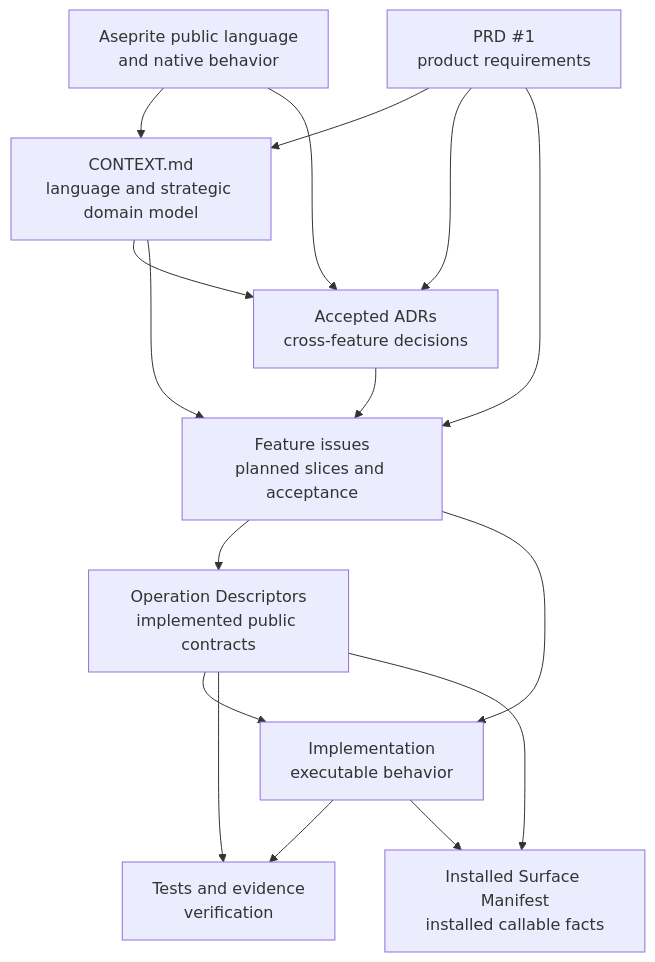
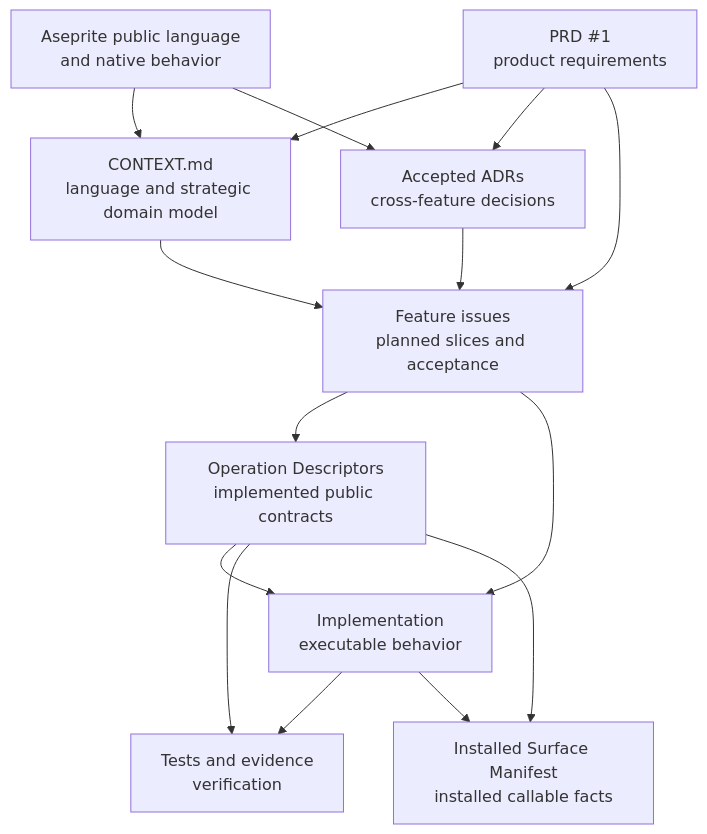
Before and after one commit to aigengame/aseprite-automation: the first of 3 diagrams in AUTHORITY_MATRIX.md, drawn with Mermaid. The commit also changed other lines of this file and 5 other files, not shown here.

````diff
--- a/AUTHORITY_MATRIX.md
+++ b/AUTHORITY_MATRIX.md
@@ -30,28 +34,27 @@
 ```mermaid
 flowchart TB
     Native[Aseprite public language<br/>and native behavior]
     PRD[PRD #1<br/>product requirements]
     Context[CONTEXT.md<br/>language and strategic domain model]
     ADRs[Accepted ADRs<br/>cross-feature decisions]
     Issues[Feature issues<br/>planned slices and acceptance]
     Descriptor[Operation Descriptors<br/>implemented public contracts]
     Implementation[Implementation<br/>executable behavior]
     Evidence[Tests and evidence<br/>verification]
     Manifest[Installed Surface Manifest<br/>installed callable facts]
 
     Native --> Context
     PRD --> Context
     Native --> ADRs
     PRD --> ADRs
-    Context --> ADRs
     PRD --> Issues
     Context --> Issues
     ADRs --> Issues
     Issues --> Descriptor
     Issues --> Implementation
     Descriptor --> Implementation
     Descriptor --> Evidence
     Implementation --> Evidence
     Descriptor --> Manifest
     Implementation --> Manifest
 ```
````
